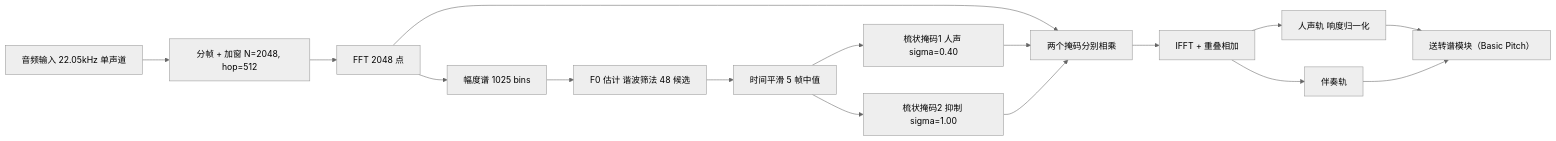
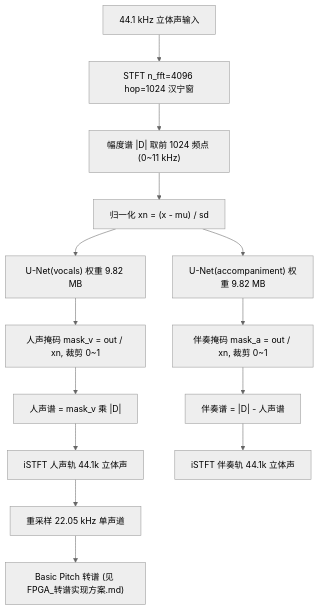
The diagram in docs/FPGA_分离实现方案.md (xiao-lu-0104/FPGA_competition_pre_structure_basic_pitch_torch), drawn with Mermaid (neutral theme) before and after one commit. The commit also changed other lines of this file and 11 other files, not shown here.

First line of the commit message:
分离改用 Spleeter U-Net：新增 FPGA 实现方案、参考脚本与权重下载

````diff
--- a/docs/FPGA_分离实现方案.md
+++ b/docs/FPGA_分离实现方案.md
@@ -9,18 +31,16 @@
 ```mermaid
-flowchart LR
-    A["音频输入 22.05kHz 单声道"] --> B["分帧 + 加窗 N=2048, hop=512"]
-    B --> C["FFT 2048 点"]
-    C --> D["幅度谱 1025 bins"]
-    D --> E["F0 估计 谐波筛法 48 候选"]
-    E --> F["时间平滑 5 帧中值"]
-    F --> G["梳状掩码1 人声 sigma=0.40"]
-    F --> H["梳状掩码2 抑制 sigma=1.00"]
-    C --> I["两个掩码分别相乘"]
-    G --> I
-    H --> I
-    I --> J["IFFT + 重叠相加"]
-    J --> K["人声轨 响度归一化"]
-    J --> L["伴奏轨"]
-    K --> M["送转谱模块（Basic Pitch）"]
-    L --> M
+flowchart TB
+    A["44.1 kHz 立体声输入"] --> B["STFT n_fft=4096 hop=1024 汉宁窗"]
+    B --> C["幅度谱 |D| 取前 1024 频点 (0~11 kHz)"]
+    C --> D["归一化 xn = (x - mu) / sd"]
+    D --> E1["U-Net(vocals) 权重 9.82 MB"]
+    D --> E2["U-Net(accompaniment) 权重 9.82 MB"]
+    E1 --> F1["人声掩码 mask_v = out / xn, 裁剪 0~1"]
+    E2 --> F2["伴奏掩码 mask_a = out / xn, 裁剪 0~1"]
+    F1 --> G1["人声谱 = mask_v 乘 |D|"]
+    F2 --> G2["伴奏谱 = |D| - 人声谱"]
+    G1 --> H1["iSTFT 人声轨 44.1k 立体声"]
+    G2 --> H2["iSTFT 伴奏轨 44.1k 立体声"]
+    H1 --> I["重采样 22.05 kHz 单声道"]
+    I --> J["Basic Pitch 转谱 (见 FPGA_转谱实现方案.md)"]
 ```
````
